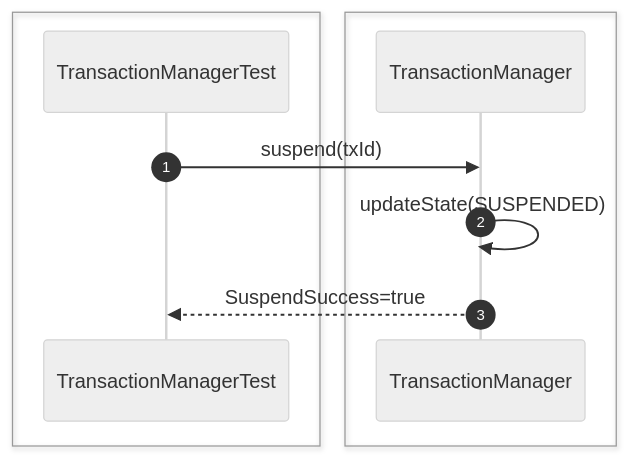
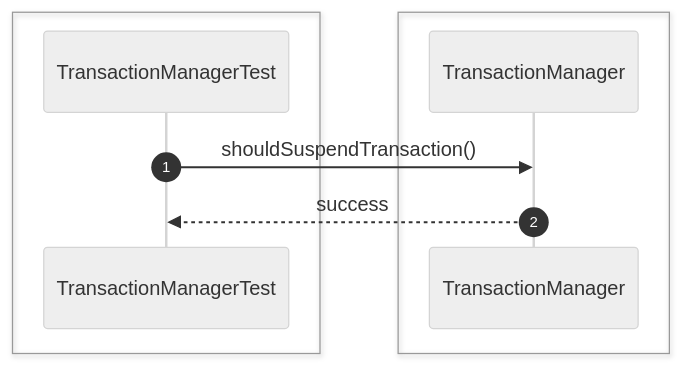
The fifth of 54 diagrams in src/sequence/transaction.md (Huy1801214/dbms-architecture), drawn with Mermaid (neutral theme) before and after one commit. The commit also changed other lines of this file and 68 other files, not shown here.

Commit message:
implement comprehensive unit test suite and architectural sequence documentation

````diff
--- a/src/sequence/transaction.md
+++ b/src/sequence/transaction.md
@@ -84,15 +66,13 @@
 ```mermaid
 sequenceDiagram
     autonumber
-
     box #e1f5fe Test Suite
     participant Test as TransactionManagerTest
     end
-    box #ffebee Transaction Components
-    participant Manager as TransactionManager
+    box #ffebee TransactionManager Component
+    participant TM as TransactionManager
     end
 
-    Test->>Manager: suspend(txId)
-    Manager->>Manager: updateState(SUSPENDED)
-    Manager-->>Test: SuspendSuccess=true
+    Test->>TM: shouldSuspendTransaction()
+    TM-->>Test: success
 ```
````
